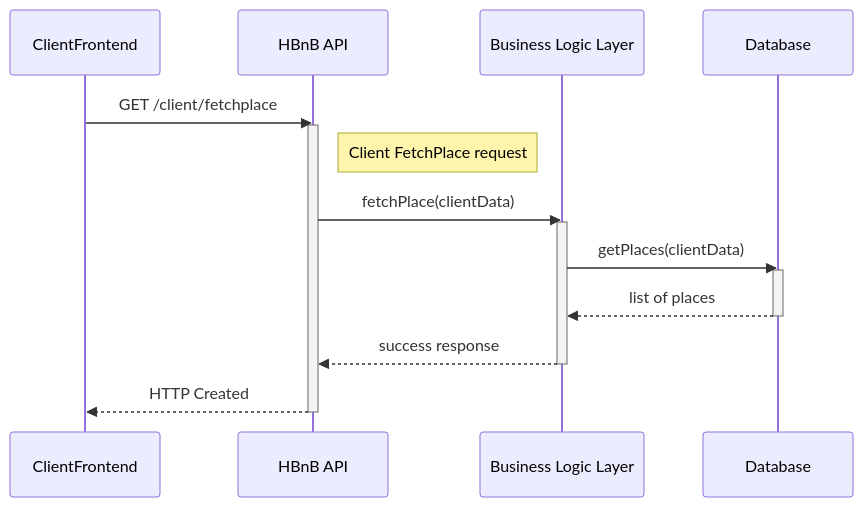
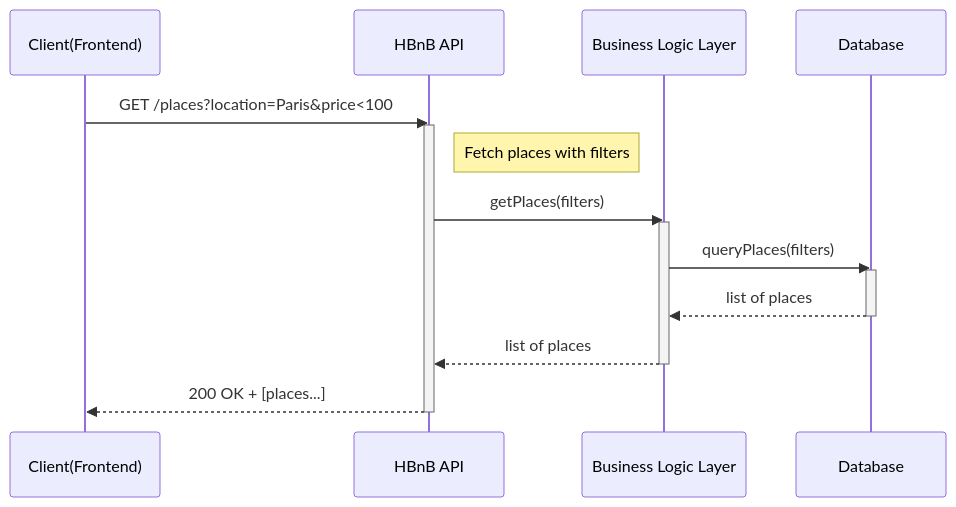
The sixth of 6 diagrams in part1/HBnB_Description_Notes.md (Mathieu7483/holbertonschool-hbnb), drawn with Mermaid before and after one commit.

Commit message:
Fix the fetching diagramm in HBnB_Description

````diff
--- a/part1/HBnB_Description_Notes.md
+++ b/part1/HBnB_Description_Notes.md
@@ -411,26 +411,26 @@
 ```mermaid
 sequenceDiagram
-    participant Client as ClientFrontend
+    participant Client(Frontend)
     participant API as HBnB API
     participant BL as Business Logic Layer
     participant DB as Database
 
-    Client->>API: GET /client/fetchplace
+    Client(Frontend)->>API: GET /places?location=Paris&price<100
     activate API
-    Note right of API: Client FetchPlace request
+    Note right of API: Fetch places with filters
 
-    API->>BL: fetchPlace(clientData)
+    API->>BL: getPlaces(filters)
     activate BL
 
-    BL->>DB: getPlaces(clientData)
+    BL->>DB: queryPlaces(filters)
     activate DB
 
     DB-->>BL: list of places
     deactivate DB
 
-    BL-->>API: success response
+    BL-->>API: list of places
     deactivate BL
 
-    API-->>Client: HTTP Created
+    API-->>Client(Frontend): 200 OK + [places...]
     deactivate API
 ```
````
